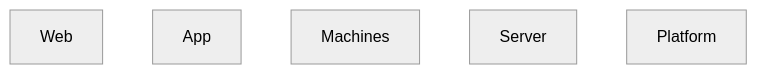
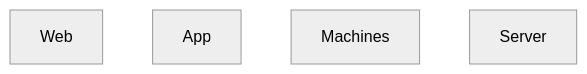
The diagram in docs/architecture.md (glyphh-ai/server), drawn with Mermaid (neutral theme) before and after one commit. The commit also changed other lines of this file, not shown here.

Commit message:
Architecture: no platform

````diff
--- a/docs/architecture.md
+++ b/docs/architecture.md
@@ -3,8 +3,7 @@
 ```mermaid
 flowchart TB
     Web
     App
     Machines
     Server
-    Platform
 ```
````
